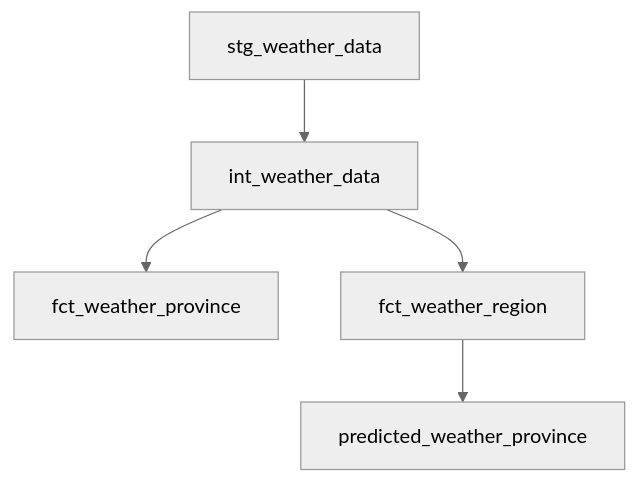
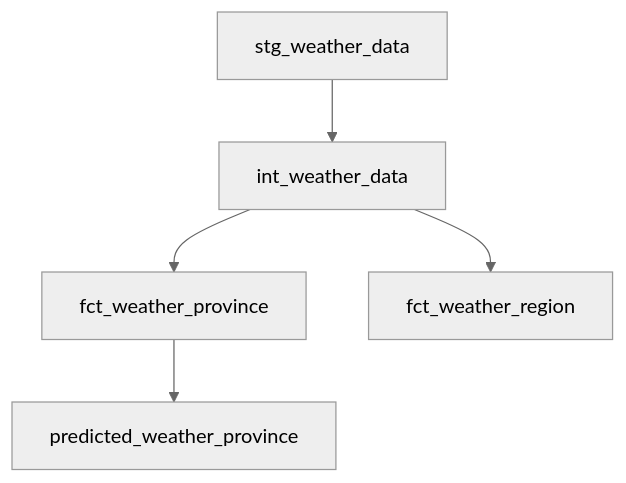
Before and after one commit to beto1810/Capstone_Weather_ML: the diagram in README.md, drawn with Mermaid (neutral theme).

````diff
--- a/README.md
+++ b/README.md
@@ -115,7 +115,7 @@
 ```mermaid
 graph TD
     A[stg_weather_data] --> B[int_weather_data]
     B --> C[fct_weather_province]
     B --> D[fct_weather_region]
-    D --> E[predicted_weather_province]
+    C --> E[predicted_weather_province]
 ```
````
